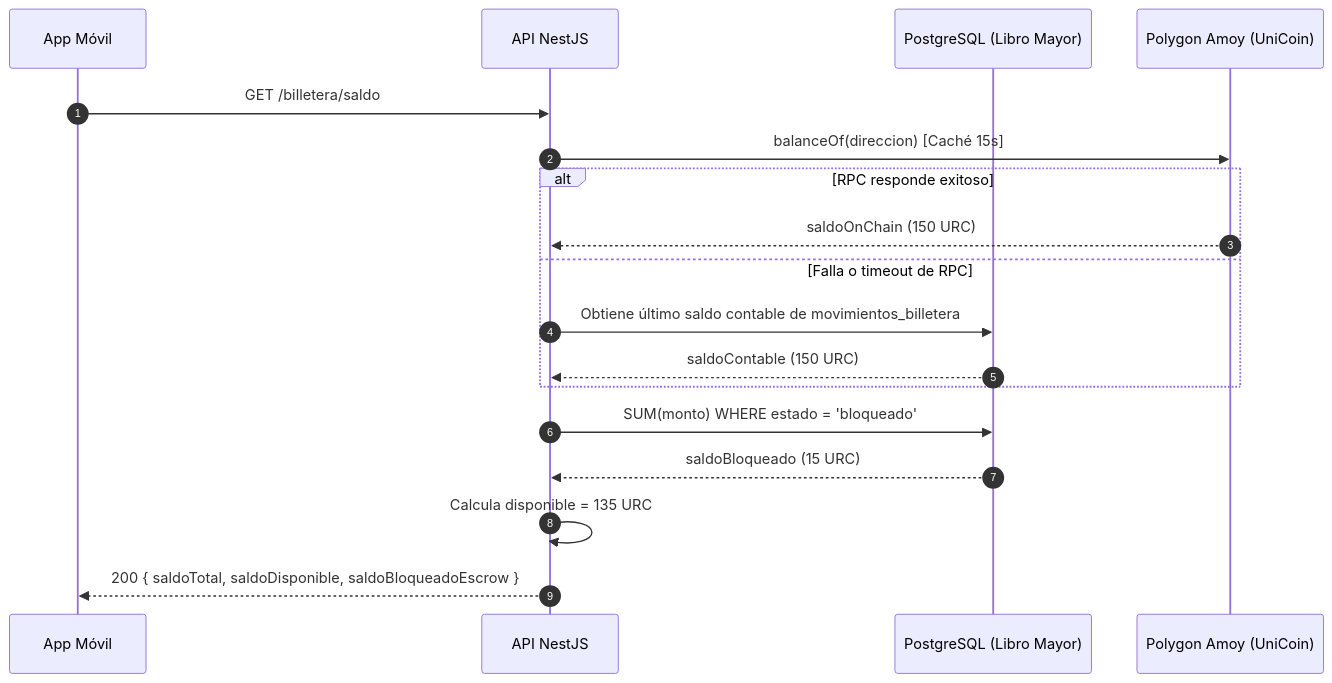
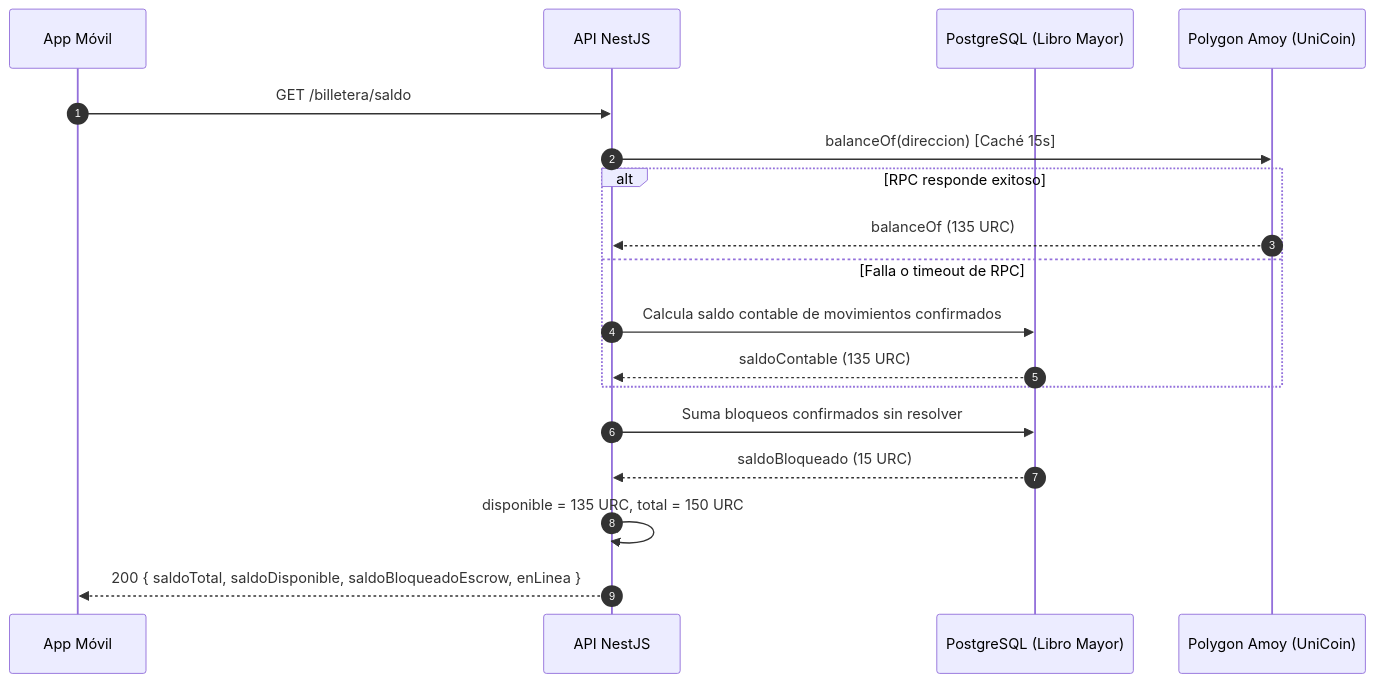
The diagram in SPECS/features/sprint-2/HU-14-saldo-historial/plan.md (Vansiii/uniride), drawn with Mermaid before and after one commit. The commit also changed other lines of this file and 6 other files, not shown here.

Commit message:
HU-14 SP104-SP108: registra la implementacion y la verificacion en backlog, roadmap, spec, plan, ssd, MEMORY y HEARTBEAT

````diff
--- a/SPECS/features/sprint-2/HU-14-saldo-historial/plan.md
+++ b/SPECS/features/sprint-2/HU-14-saldo-historial/plan.md
@@ -57,21 +60,21 @@
 ```mermaid
 sequenceDiagram
   autonumber
   participant App as App Móvil
   participant API as API NestJS
   participant BD as PostgreSQL (Libro Mayor)
   participant BC as Polygon Amoy (UniCoin)
 
   App->>API: GET /billetera/saldo
   API->>BC: balanceOf(direccion) [Caché 15s]
   alt RPC responde exitoso
-    BC-->>API: saldoOnChain (150 URC)
+    BC-->>API: balanceOf (135 URC)
   else Falla o timeout de RPC
-    API->>BD: Obtiene último saldo contable de movimientos_billetera
-    BD-->>API: saldoContable (150 URC)
+    API->>BD: Calcula saldo contable de movimientos confirmados
+    BD-->>API: saldoContable (135 URC)
   end
-  API->>BD: SUM(monto) WHERE estado = 'bloqueado'
+  API->>BD: Suma bloqueos confirmados sin resolver
   BD-->>API: saldoBloqueado (15 URC)
-  API->>API: Calcula disponible = 135 URC
-  API-->>App: 200 { saldoTotal, saldoDisponible, saldoBloqueadoEscrow }
+  API->>API: disponible = 135 URC, total = 150 URC
+  API-->>App: 200 { saldoTotal, saldoDisponible, saldoBloqueadoEscrow, enLinea }
 ```
````
